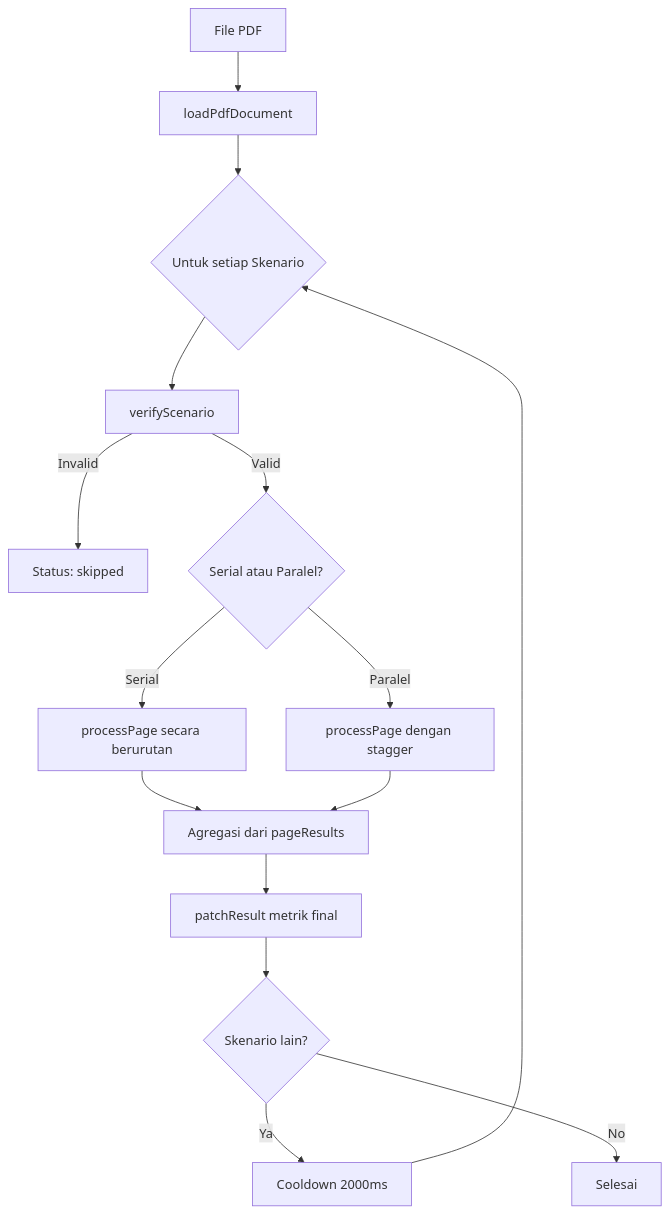
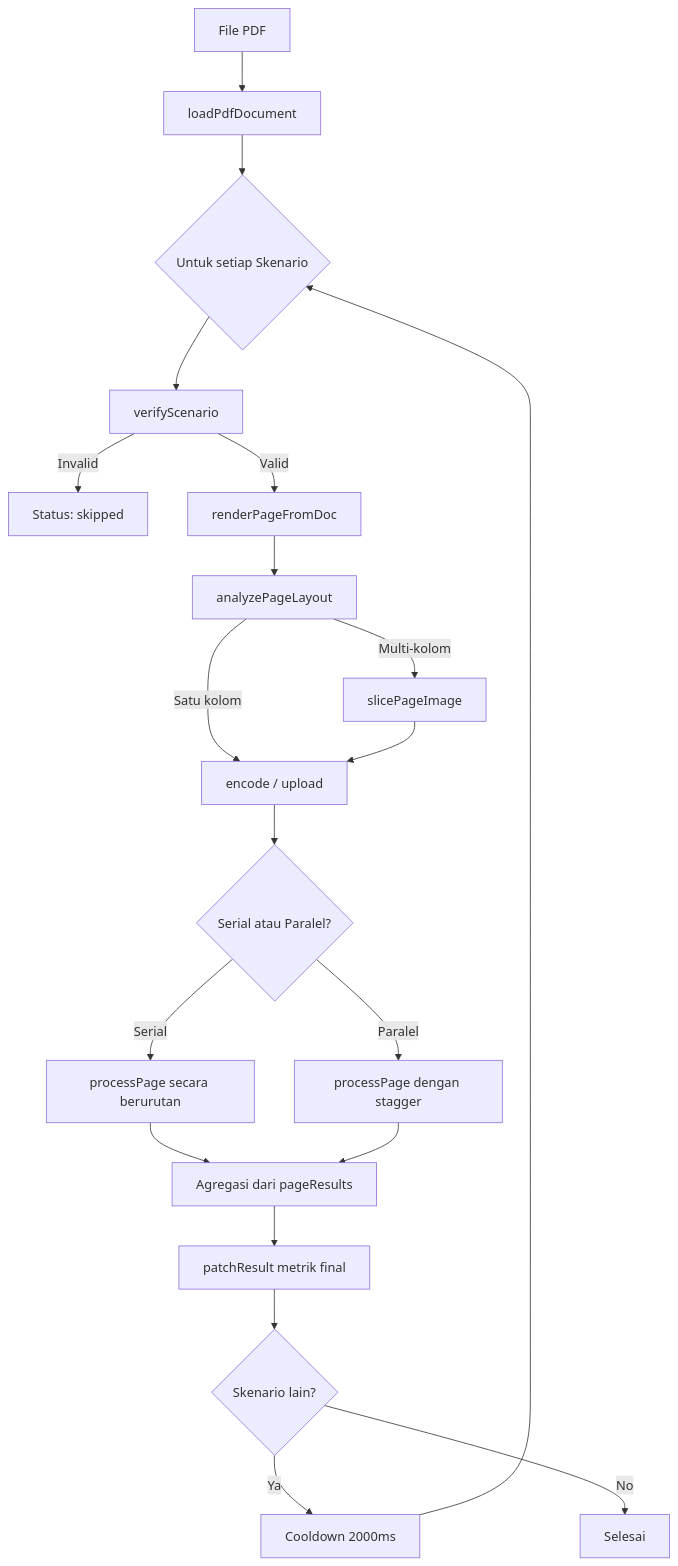
Before and after one commit to msyamsudin/msyamsudin.github.io: the diagram in src/content/blog/benchmark-logic-specification.md, drawn with Mermaid. The commit also changed other lines of this file, not shown here.

````diff
--- a/src/content/blog/benchmark-logic-specification.md
+++ b/src/content/blog/benchmark-logic-specification.md
@@ -21,17 +21,22 @@
 ```mermaid
 flowchart TD
     A[File PDF] --> B[loadPdfDocument]
     B --> C{Untuk setiap Skenario}
     C --> D[verifyScenario]
     D -->|Invalid| E[Status: skipped]
-    D -->|Valid| F{Serial atau Paralel?}
-    F -->|Serial| G[processPage secara berurutan]
-    F -->|Paralel| H[processPage dengan stagger]
-    G --> I[Agregasi dari pageResults]
+    D -->|Valid| F[renderPageFromDoc]
+    F --> G[analyzePageLayout]
+    G -->|Multi-kolom| H[slicePageImage]
+    G -->|Satu kolom| I[encode / upload]
     H --> I
-    I --> J[patchResult metrik final]
-    J --> K{Skenario lain?}
-    K -->|Ya| L[Cooldown 2000ms]
-    L --> C
-    K -->|No| M[Selesai]
+    I --> J{Serial atau Paralel?}
+    J -->|Serial| K[processPage secara berurutan]
+    J -->|Paralel| L[processPage dengan stagger]
+    K --> M[Agregasi dari pageResults]
+    L --> M
+    M --> N[patchResult metrik final]
+    N --> O{Skenario lain?}
+    O -->|Ya| P[Cooldown 2000ms]
+    P --> C
+    O -->|No| Q[Selesai]
 ```
````
